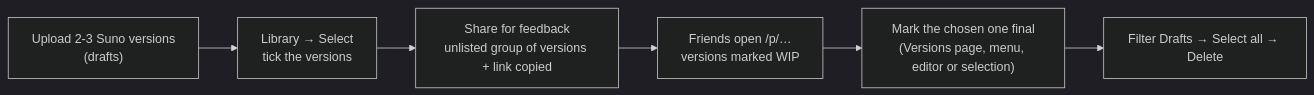
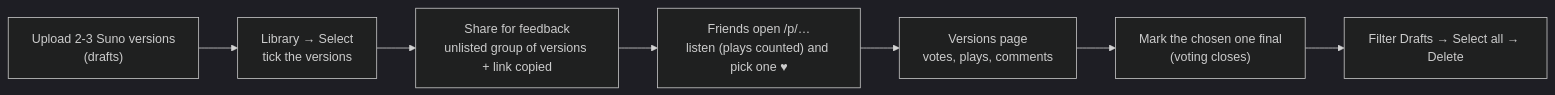
Before and after one commit to alesssz/Chronovault: diagram 12 of 13 in README.md, drawn with Mermaid (dark theme). The commit also changed other lines of this file and 42 other files, not shown here.

````diff
--- a/README.md
+++ b/README.md
@@ -891,8 +905,9 @@
 ```mermaid
 flowchart LR
   Upload["Upload 2-3 Suno versions<br/>(drafts)"] --> Select["Library → Select<br/>tick the versions"]
   Select --> Share["Share for feedback<br/>unlisted group of versions + link copied"]
-  Share --> Friends["Friends open /p/…<br/>versions marked WIP"]
-  Friends --> Final["Mark the chosen one final<br/>(Versions page, menu, editor or selection)"]
+  Share --> Friends["Friends open /p/…<br/>listen (plays counted) and pick one ♥"]
+  Friends --> Feedback["Versions page<br/>votes, plays, comments"]
+  Feedback --> Final["Mark the chosen one final<br/>(voting closes)"]
   Final --> Delete["Filter Drafts → Select all → Delete"]
 ```
````
